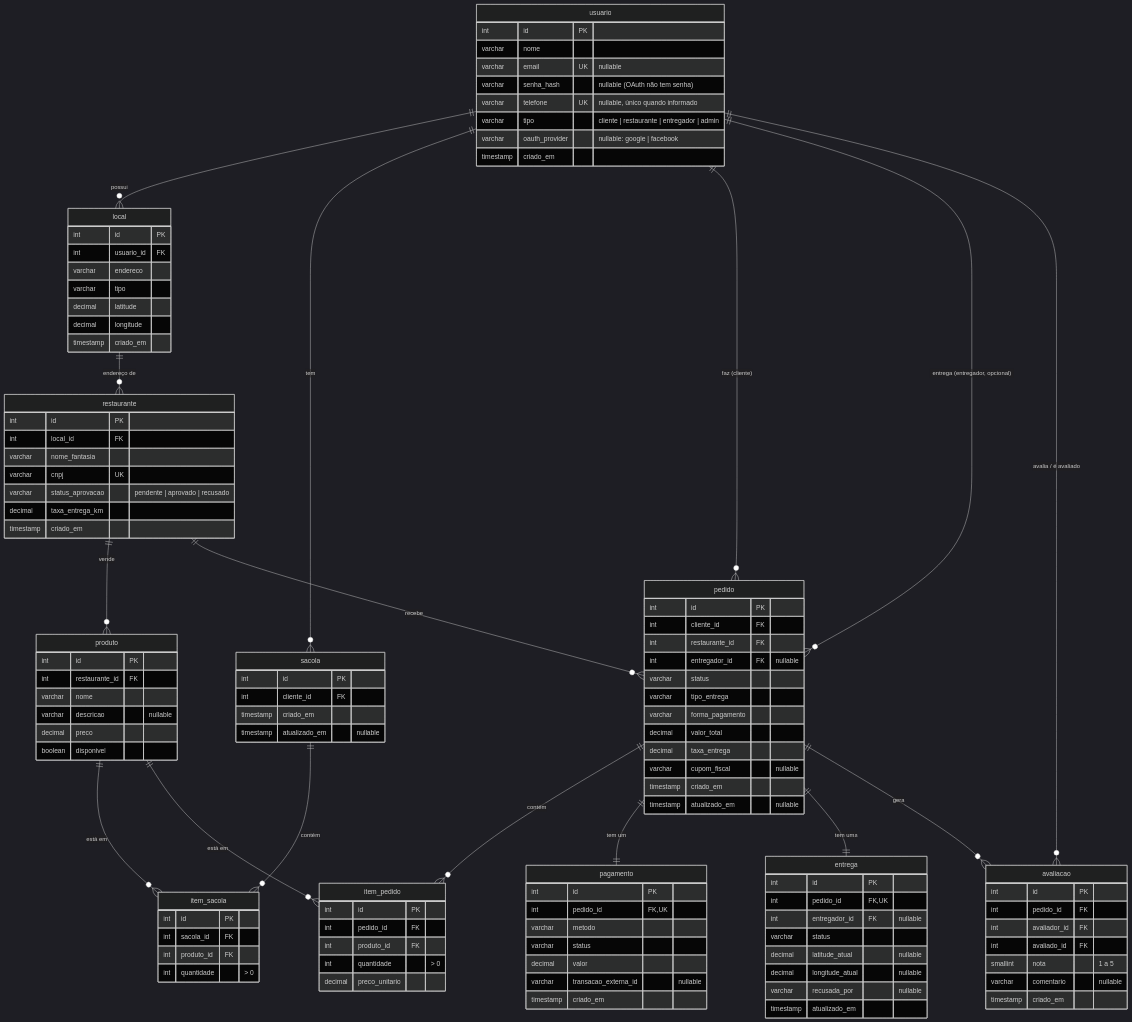
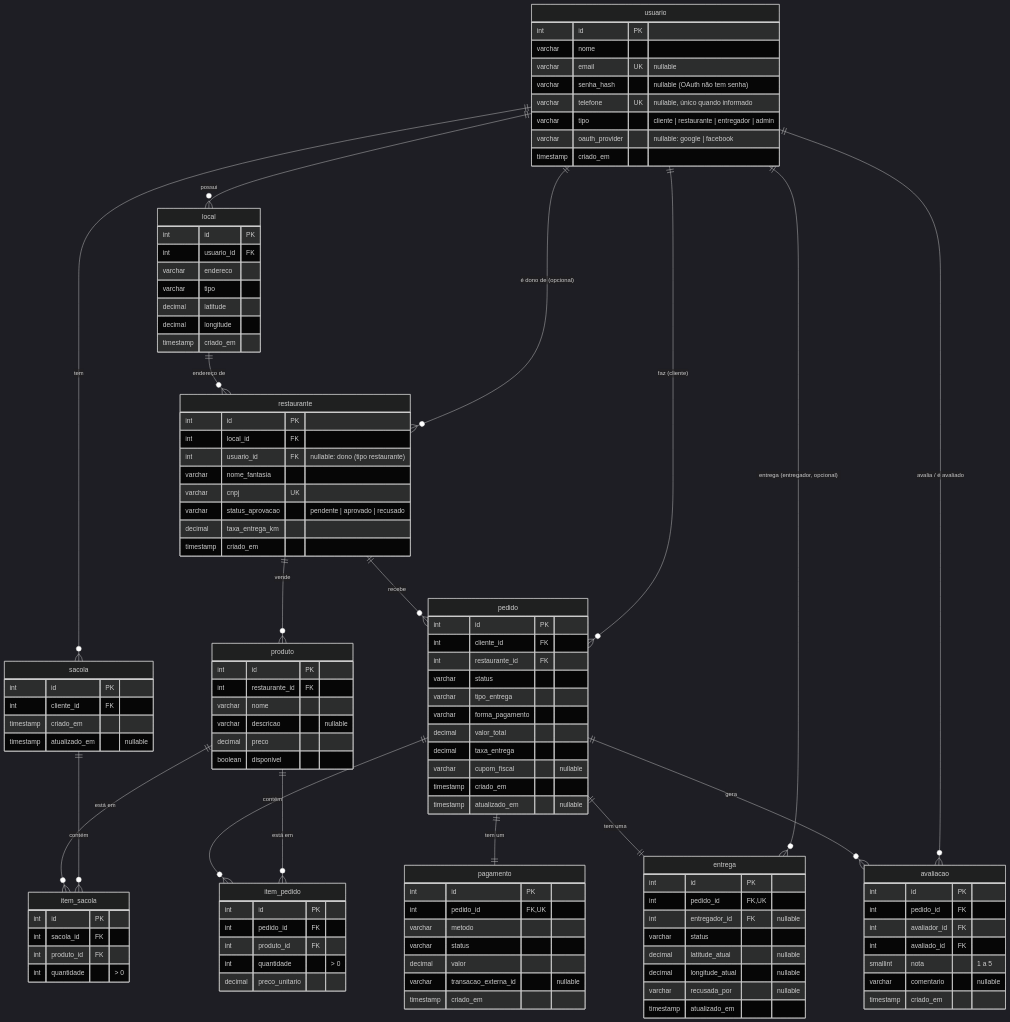
One commit to Leticia-Maacedo/Sistema-de-Delivery-Back changed the diagram in docs/BANCO_DE_DADOS.md. Above: the diagram before and after it, drawn with Mermaid (dark theme). The commit also changed other lines of this file and 9 other files, not shown here.

First line of the commit message:
feat: liga restaurante ao dono e deixa o entregador so na entrega (sprint 3)

```diff
--- a/docs/BANCO_DE_DADOS.md
+++ b/docs/BANCO_DE_DADOS.md
@@ -30,7 +32,8 @@
     usuario ||--o{ local : "possui"
     usuario ||--o{ sacola : "tem"
     usuario ||--o{ pedido : "faz (cliente)"
-    usuario ||--o{ pedido : "entrega (entregador, opcional)"
+    usuario ||--o{ entrega : "entrega (entregador, opcional)"
+    usuario ||--o{ restaurante : "é dono de (opcional)"
     usuario ||--o{ avaliacao : "avalia / é avaliado"
     local ||--o{ restaurante : "endereço de"
     restaurante ||--o{ produto : "vende"
@@ -65,6 +68,7 @@
     restaurante {
         int id PK
         int local_id FK
+        int usuario_id FK "nullable: dono (tipo restaurante)"
         varchar nome_fantasia
         varchar cnpj UK
         varchar status_aprovacao "pendente | aprovado | recusado"
@@ -95,7 +99,6 @@
         int id PK
         int cliente_id FK
         int restaurante_id FK
-        int entregador_id FK "nullable"
         varchar status
         varchar tipo_entrega
         varchar forma_pagamento
```
